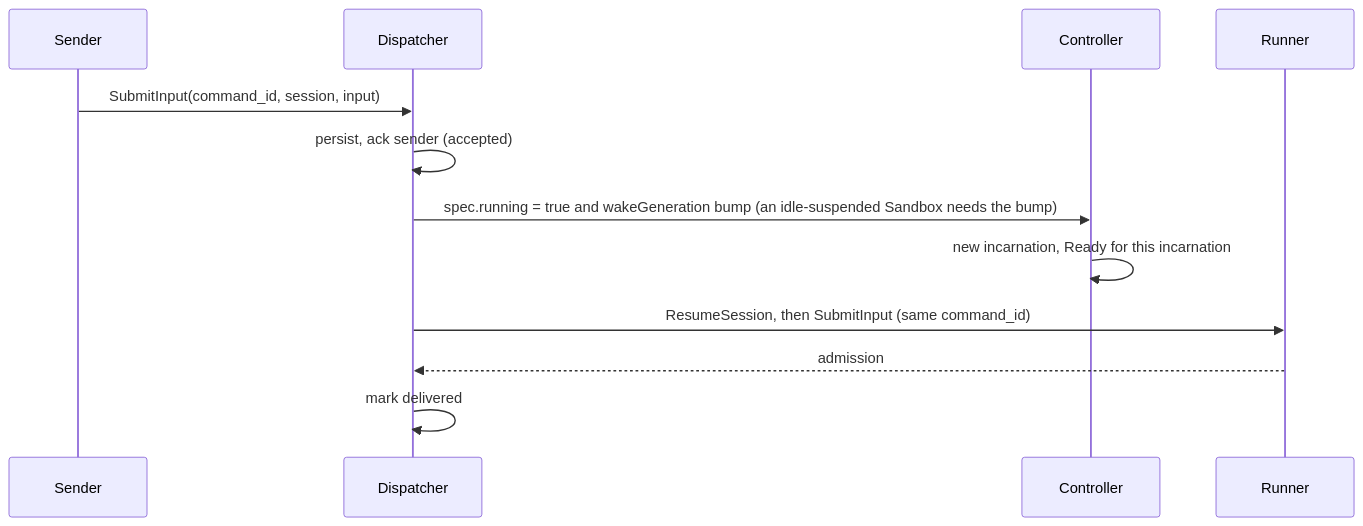
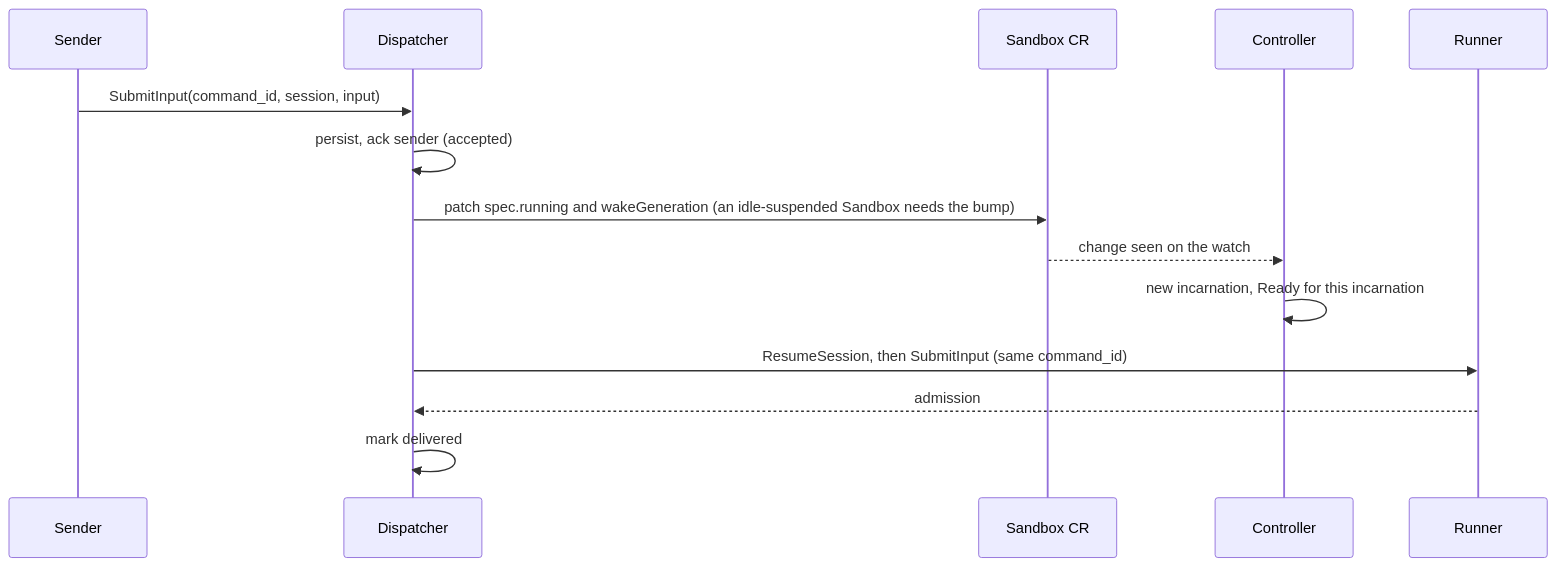
Before and after one commit to agentydragon/ducktape: the fifth of 5 diagrams in agentplane/docs/adr_sandbox_session_control.md, drawn with Mermaid. The commit also changed other lines of this file, not shown here.

First line of the commit message:
ADR: seven review leftovers (app Role, stale Seal polling, sequence diagram, console row)

````diff
--- a/agentplane/docs/adr_sandbox_session_control.md
+++ b/agentplane/docs/adr_sandbox_session_control.md
@@ -730,14 +729,16 @@
 ```mermaid
 sequenceDiagram
     participant S as Sender
     participant K as Dispatcher
+    participant CR as Sandbox CR
     participant C as Controller
     participant R as Runner
     S->>K: SubmitInput(command_id, session, input)
     K->>K: persist, ack sender (accepted)
-    K->>C: spec.running = true and wakeGeneration bump (an idle-suspended Sandbox needs the bump)
+    K->>CR: patch spec.running and wakeGeneration (an idle-suspended Sandbox needs the bump)
+    CR-->>C: change seen on the watch
     C->>C: new incarnation, Ready for this incarnation
     K->>R: ResumeSession, then SubmitInput (same command_id)
     R-->>K: admission
     K->>K: mark delivered
 ```
````
